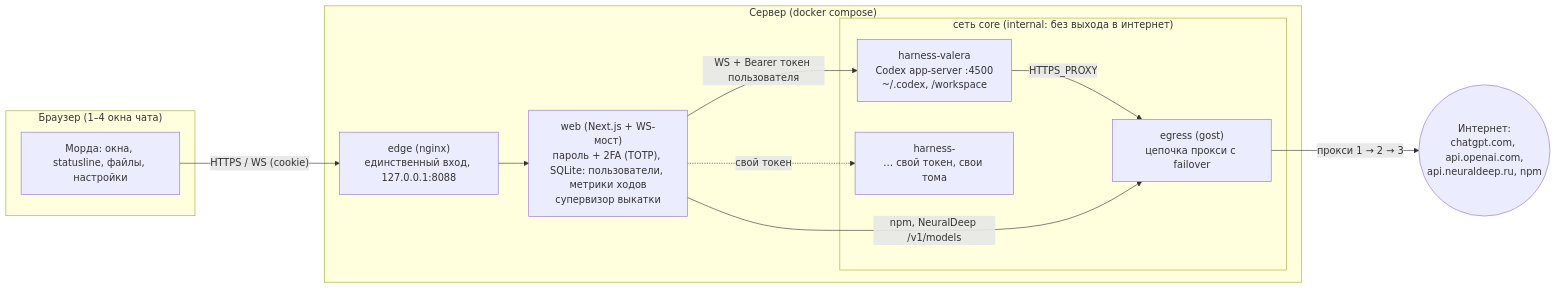
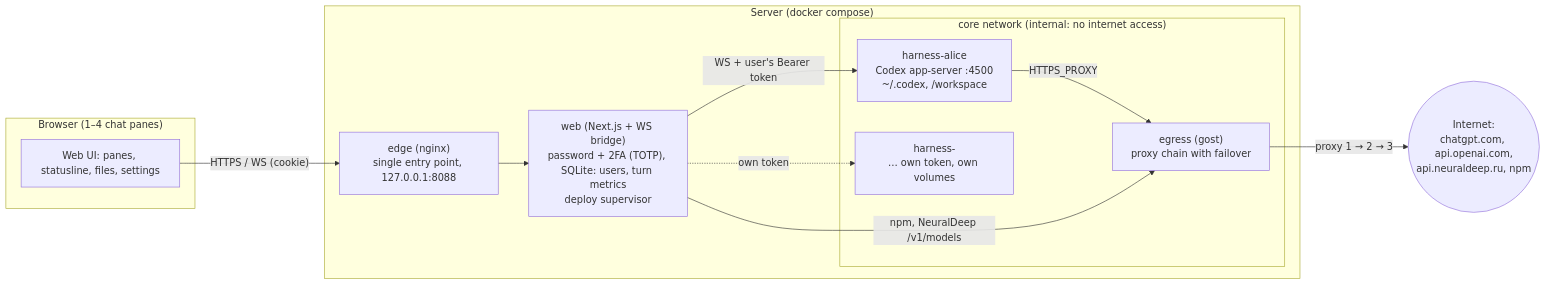
The first of 2 diagrams in docs/reference/architecture.md (RAZUM-DC/paddock), drawn with Mermaid before and after one commit. The commit also changed other lines of this file and 45 other files, not shown here.

````diff
--- a/docs/reference/architecture.md
+++ b/docs/reference/architecture.md
@@ -26,25 +26,25 @@
 ```mermaid
 flowchart LR
-  subgraph browser["Браузер (1–4 окна чата)"]
-    UI["Морда: окна, statusline, файлы, настройки"]
+  subgraph browser["Browser (1–4 chat panes)"]
+    UI["Web UI: panes, statusline, files, settings"]
   end
 
-  subgraph host["Сервер (docker compose)"]
-    edge["edge (nginx)\nединственный вход, 127.0.0.1:8088"]
-    web["web (Next.js + WS-мост)\nпароль + 2FA (TOTP), SQLite: пользователи, метрики ходов\nсупервизор выкатки"]
-    subgraph core["сеть core (internal: без выхода в интернет)"]
-      h1["harness-valera\nCodex app-server :4500\n~/.codex, /workspace"]
-      h2["harness-<user>\n… свой токен, свои тома"]
-      egress["egress (gost)\nцепочка прокси с failover"]
+  subgraph host["Server (docker compose)"]
+    edge["edge (nginx)\nsingle entry point, 127.0.0.1:8088"]
+    web["web (Next.js + WS bridge)\npassword + 2FA (TOTP), SQLite: users, turn metrics\ndeploy supervisor"]
+    subgraph core["core network (internal: no internet access)"]
+      h1["harness-alice\nCodex app-server :4500\n~/.codex, /workspace"]
+      h2["harness-<user>\n… own token, own volumes"]
+      egress["egress (gost)\nproxy chain with failover"]
     end
   end
 
-  internet(("Интернет:\nchatgpt.com, api.openai.com,\napi.neuraldeep.ru, npm"))
+  internet(("Internet:\nchatgpt.com, api.openai.com,\napi.neuraldeep.ru, npm"))
 
   UI -- "HTTPS / WS (cookie)" --> edge --> web
-  web -- "WS + Bearer токен пользователя" --> h1
-  web -. "свой токен" .-> h2
+  web -- "WS + user's Bearer token" --> h1
+  web -. "own token" .-> h2
   h1 -- "HTTPS_PROXY" --> egress
   web -- "npm, NeuralDeep /v1/models" --> egress
-  egress -- "прокси 1 → 2 → 3" --> internet
+  egress -- "proxy 1 → 2 → 3" --> internet
 ```
````
